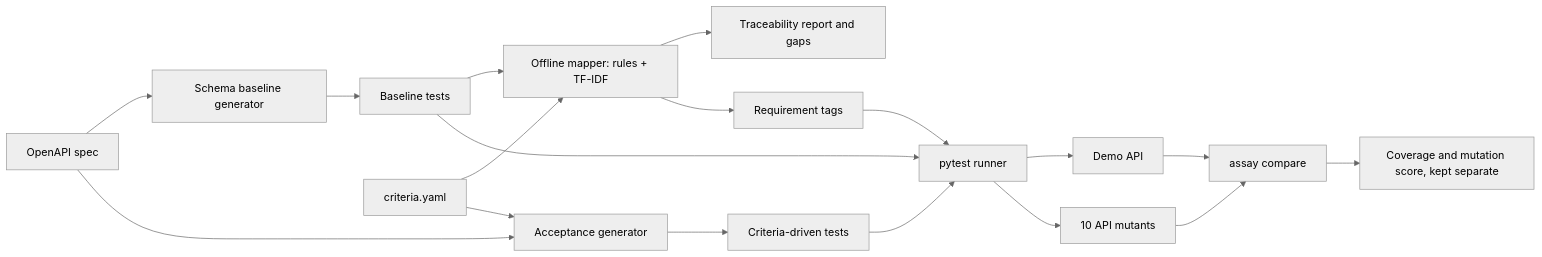
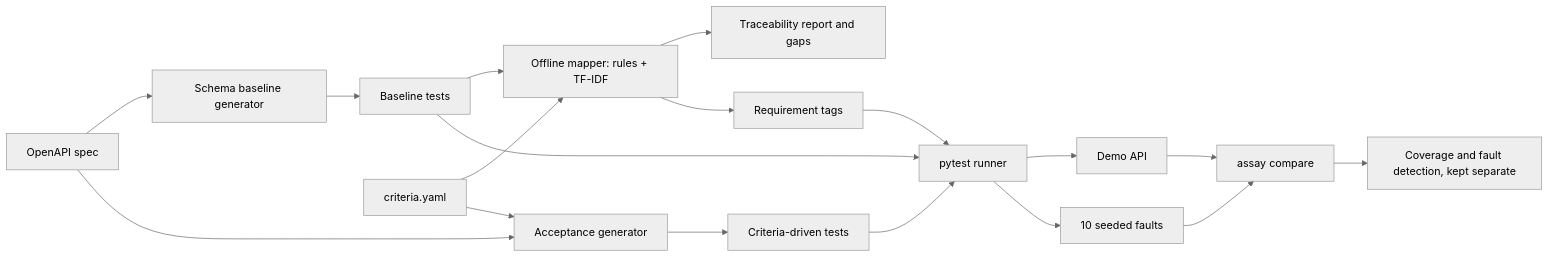
The diagram in README.md (vaishnavi-kalmegh/assay), drawn with Mermaid (neutral theme) before and after one commit. The commit also changed other lines of this file and 20 other files, not shown here.

````diff
--- a/README.md
+++ b/README.md
@@ -85,20 +94,20 @@
 ```mermaid
 flowchart LR
     spec[OpenAPI spec] --> base[Schema baseline generator]
     base --> bt[Baseline tests]
     crit[criteria.yaml] --> mapper[Offline mapper: rules + TF-IDF]
     bt --> mapper
     mapper --> gaps[Traceability report and gaps]
     mapper --> tags[Requirement tags]
     crit --> acc[Acceptance generator]
     spec --> acc
     acc --> at[Criteria-driven tests]
     tags --> run[pytest runner]
     bt --> run
     at --> run
     run --> api[Demo API]
-    run --> mutants[10 API mutants]
+    run --> mutants[10 seeded faults]
     api --> cmp[assay compare]
     mutants --> cmp
-    cmp --> out[Coverage and mutation score, kept separate]
+    cmp --> out[Coverage and fault detection, kept separate]
 ```
````
